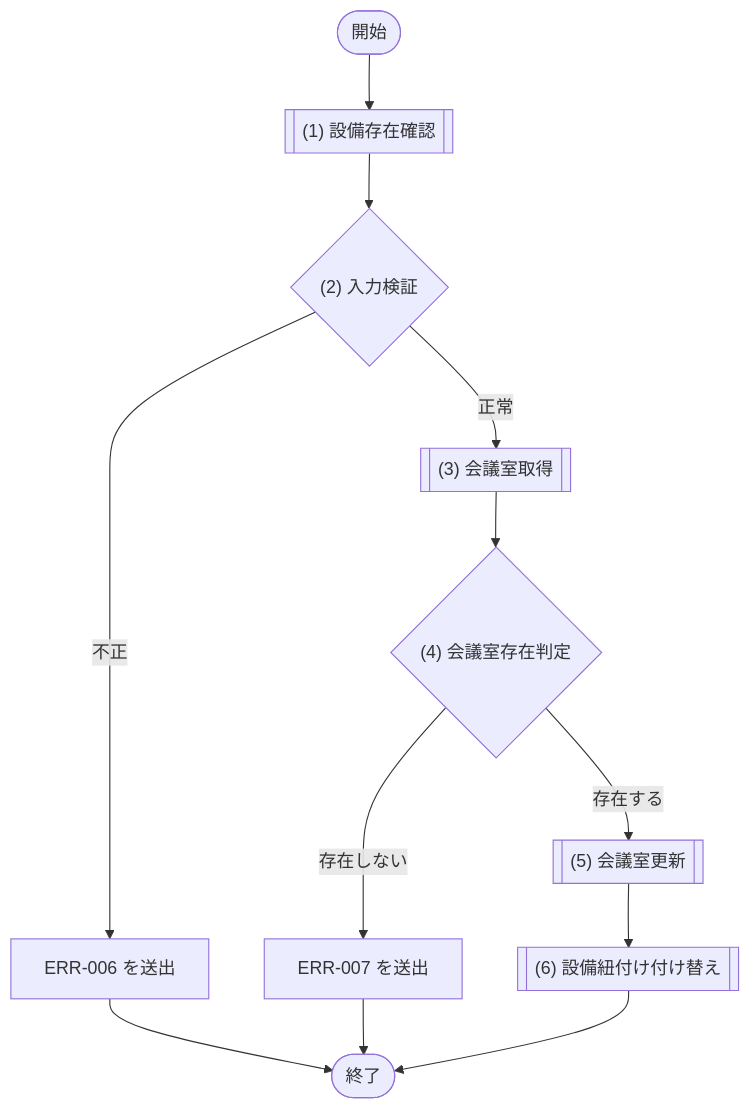
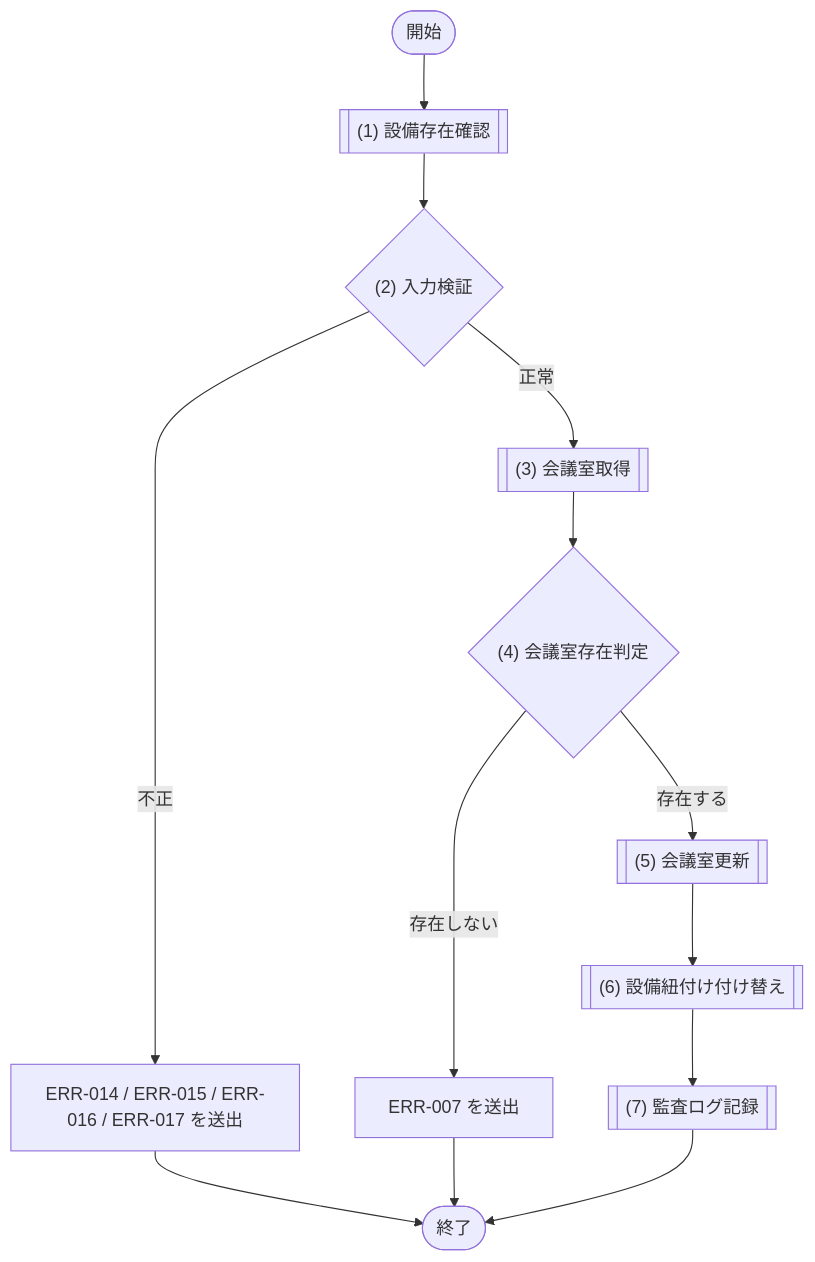
Before and after one commit to sikakou54/system-document-template: the second of 6 diagrams in docs/03_機能設計/06_モジュール設計/MOD-004_会議室管理サービス.md, drawn with Mermaid. The commit also changed other lines of this file and 136 other files, not shown here.

````diff
--- a/docs/03_機能設計/06_モジュール設計/MOD-004_会議室管理サービス.md
+++ b/docs/03_機能設計/06_モジュール設計/MOD-004_会議室管理サービス.md
@@ -209,19 +245,20 @@
 ```mermaid
 flowchart TD
   Start([開始])
   P1[["(1) 設備存在確認"]]
   D1{"(2) 入力検証"}
   P2[["(3) 会議室取得"]]
   D2{"(4) 会議室存在判定"}
   P3[["(5) 会議室更新"]]
   P4[["(6) 設備紐付け付け替え"]]
-  E1["ERR-006 を送出"]
+  P5[["(7) 監査ログ記録"]]
+  E1["ERR-014 / ERR-015 / ERR-016 / ERR-017 を送出"]
   E2["ERR-007 を送出"]
   End([終了])
 
   Start --> P1 --> D1
   D1 -- "不正" --> E1 --> End
   D1 -- "正常" --> P2 --> D2
   D2 -- "存在しない" --> E2 --> End
-  D2 -- "存在する" --> P3 --> P4 --> End
+  D2 -- "存在する" --> P3 --> P4 --> P5 --> End
 ```
````
